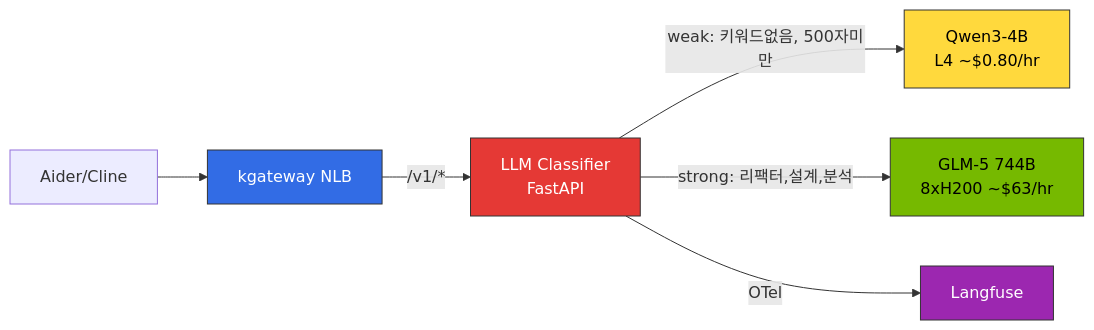
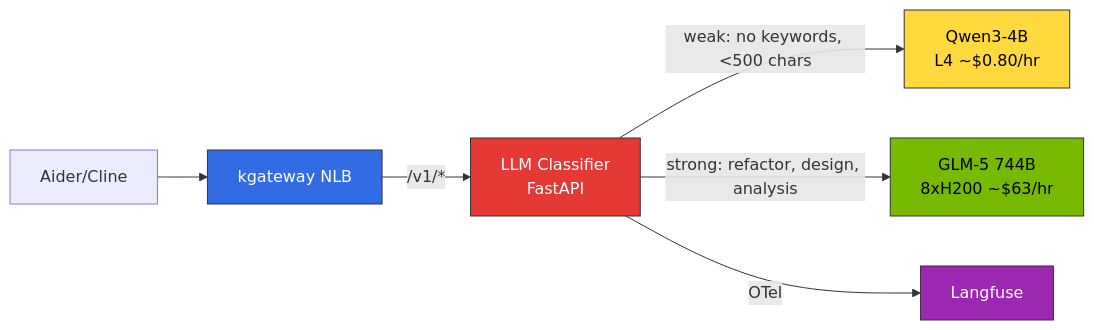
The second of 3 diagrams in docs/agentic-ai-platform/model-serving/inference-routing/request-cascading.md (devfloor9/engineering-playbook), drawn with Mermaid before and after one commit. The commit also changed other lines of this file and 954 other files, not shown here.

````diff
--- a/docs/agentic-ai-platform/model-serving/inference-routing/request-cascading.md
+++ b/docs/agentic-ai-platform/model-serving/inference-routing/request-cascading.md
@@ -81,14 +81,14 @@
 ```mermaid
 graph LR
     Client[Aider/Cline] --> KGW[kgateway NLB]
     KGW -->|/v1/*| CLS[LLM Classifier<br/>FastAPI]
-    CLS -->|weak: 키워드없음, 500자미만| SLM[Qwen3-4B<br/>L4 ~$0.80/hr]
-    CLS -->|strong: 리팩터,설계,분석| LLM[GLM-5 744B<br/>8xH200 ~$63/hr]
+    CLS -->|weak: no keywords, <500 chars| SLM[Qwen3-4B<br/>L4 ~$0.80/hr]
+    CLS -->|strong: refactor, design, analysis| LLM[GLM-5 744B<br/>8xH200 ~$63/hr]
     CLS -->|OTel| LF[Langfuse]
 
     style KGW fill:#326ce5,stroke:#333,color:#fff
     style CLS fill:#e53935,stroke:#333,color:#fff
     style SLM fill:#ffd93d,stroke:#333,color:#000
     style LLM fill:#76b900,stroke:#333,color:#000
     style LF fill:#9c27b0,stroke:#333,color:#fff
 ```
````
